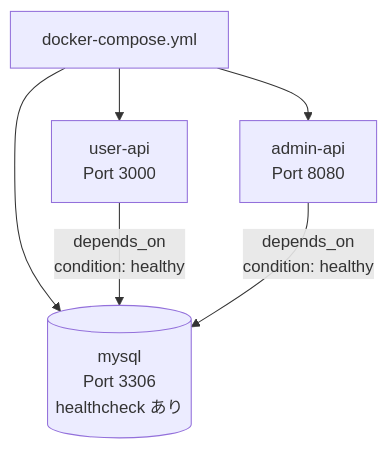
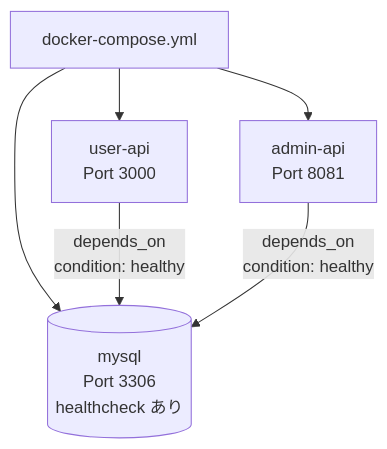
Before and after one commit to fumiyasac/junc_hamburger_club: the eighth of 11 diagrams in architecture_guideline.md, drawn with Mermaid. The commit also changed other lines of this file and 34 other files, not shown here.

````diff
--- a/architecture_guideline.md
+++ b/architecture_guideline.md
@@ -399,9 +399,9 @@
 ```mermaid
 graph TB
     DC["docker-compose.yml"]
     DC --> MySQL[("mysql<br/>Port 3306<br/>healthcheck あり")]
     DC --> UA["user-api<br/>Port 3000"]
-    DC --> AA["admin-api<br/>Port 8080"]
+    DC --> AA["admin-api<br/>Port 8081"]
     UA -- "depends_on<br/>condition: healthy" --> MySQL
     AA -- "depends_on<br/>condition: healthy" --> MySQL
 ```
````
